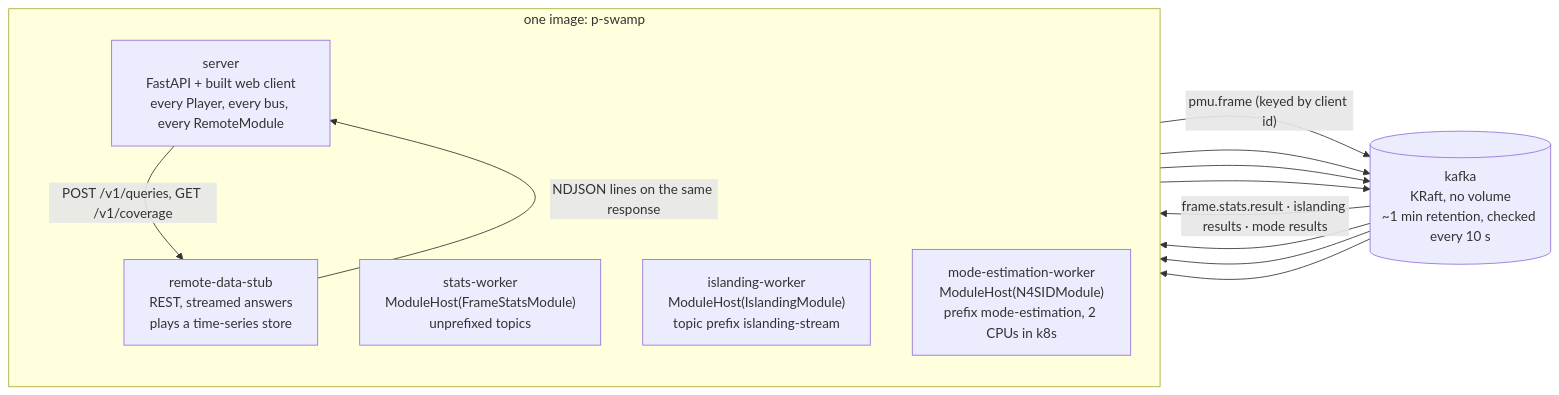
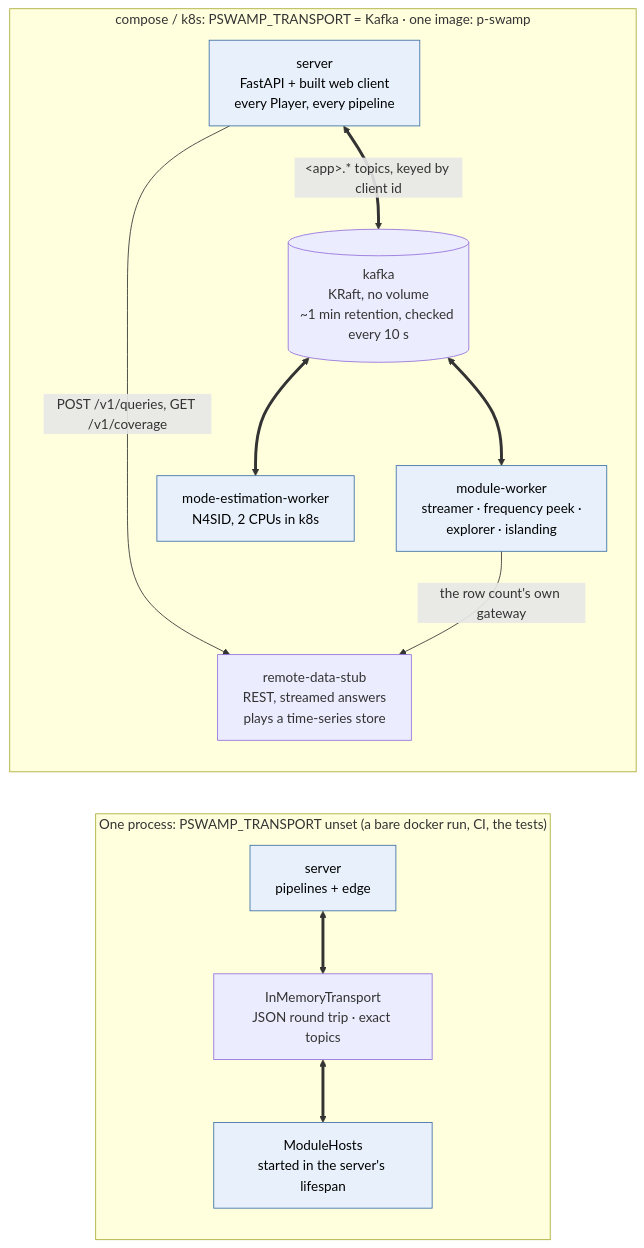
One commit to thomanil/p-SWAMP changed the third of 4 diagrams in doc/server-data-architecture-diagrams.md. Above: the diagram before and after it, drawn with Mermaid. The commit also changed other lines of this file and 111 other files, not shown here.

````diff
--- a/doc/server-data-architecture-diagrams.md
+++ b/doc/server-data-architecture-diagrams.md
@@ -234,19 +227,24 @@
 ```mermaid
 flowchart LR
-    subgraph image["one image: p-swamp"]
+    classDef data fill:#e8f1fb,stroke:#3b6ea5,color:#000
+    subgraph one["One process: PSWAMP_TRANSPORT unset (a bare docker run, CI, the tests)"]
         direction TB
-        server["server<br/>FastAPI + built web client<br/>every Player, every bus, every RemoteModule"]
-        sw["stats-worker<br/>ModuleHost(FrameStatsModule)<br/>unprefixed topics"]
-        iw["islanding-worker<br/>ModuleHost(IslandingModule)<br/>topic prefix islanding-stream"]
-        mw["mode-estimation-worker<br/>ModuleHost(N4SIDModule)<br/>prefix mode-estimation, 2 CPUs in k8s"]
+        s1["server<br/>pipelines + edge"]:::data
+        m1["InMemoryTransport<br/>JSON round trip · exact topics"]
+        h1["ModuleHosts<br/>started in the server's lifespan"]:::data
+        s1 <==> m1 <==> h1
+    end
+    subgraph many["compose / k8s: PSWAMP_TRANSPORT = Kafka · one image: p-swamp"]
+        direction TB
+        s2["server<br/>FastAPI + built web client<br/>every Player, every pipeline"]:::data
+        k[("kafka<br/>KRaft, no volume<br/>~1 min retention, checked every 10 s")]
+        w1["module-worker<br/>streamer · frequency peek ·<br/>explorer · islanding"]:::data
+        w2["mode-estimation-worker<br/>N4SID, 2 CPUs in k8s"]:::data
         stub["remote-data-stub<br/>REST, streamed answers<br/>plays a time-series store"]
+        s2 <==>|"&lt;app&gt;.* topics, keyed by client id"| k
+        k <==> w1
+        k <==> w2
+        s2 -->|"POST /v1/queries, GET /v1/coverage"| stub
+        w1 -->|"the row count's own gateway"| stub
     end
-    kafka[("kafka<br/>KRaft, no volume<br/>~1 min retention, checked every 10 s")]
-    server -->|"pmu.frame (keyed by client id)"| kafka
-    kafka -->|"frame.stats.result · islanding results · mode results"| server
-    kafka --> sw --> kafka
-    kafka --> iw --> kafka
-    kafka --> mw --> kafka
-    server -->|"POST /v1/queries, GET /v1/coverage"| stub
-    stub -->|"NDJSON lines on the same response"| server
 ```
````
